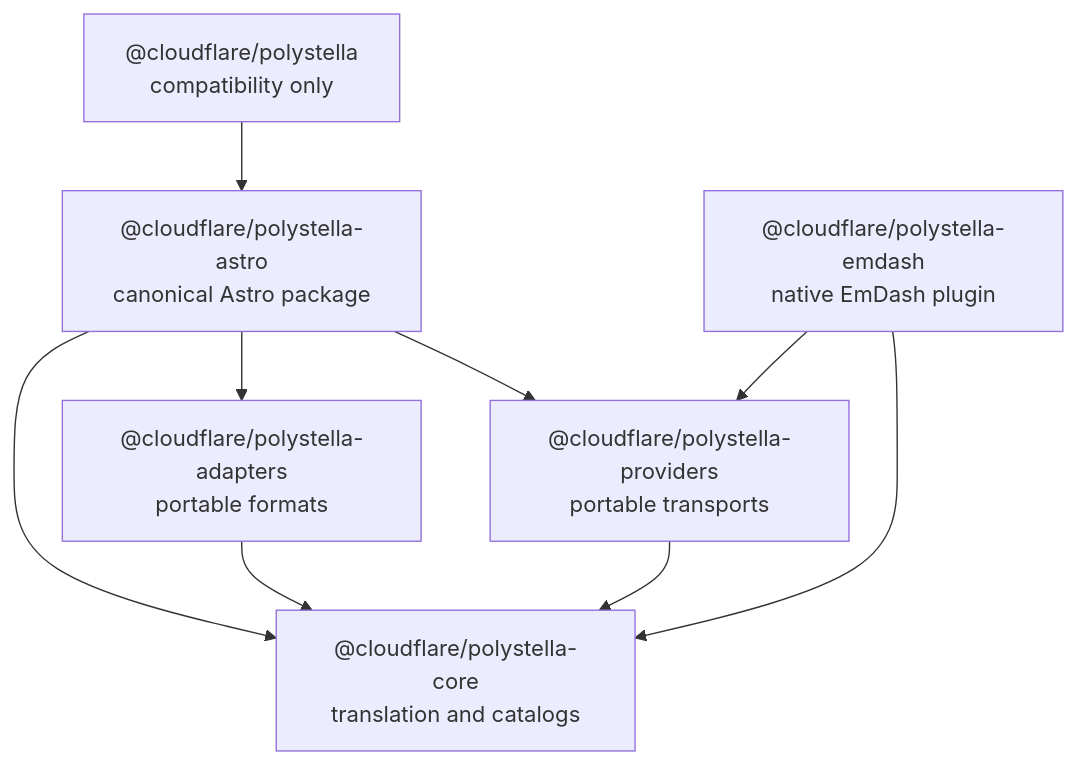
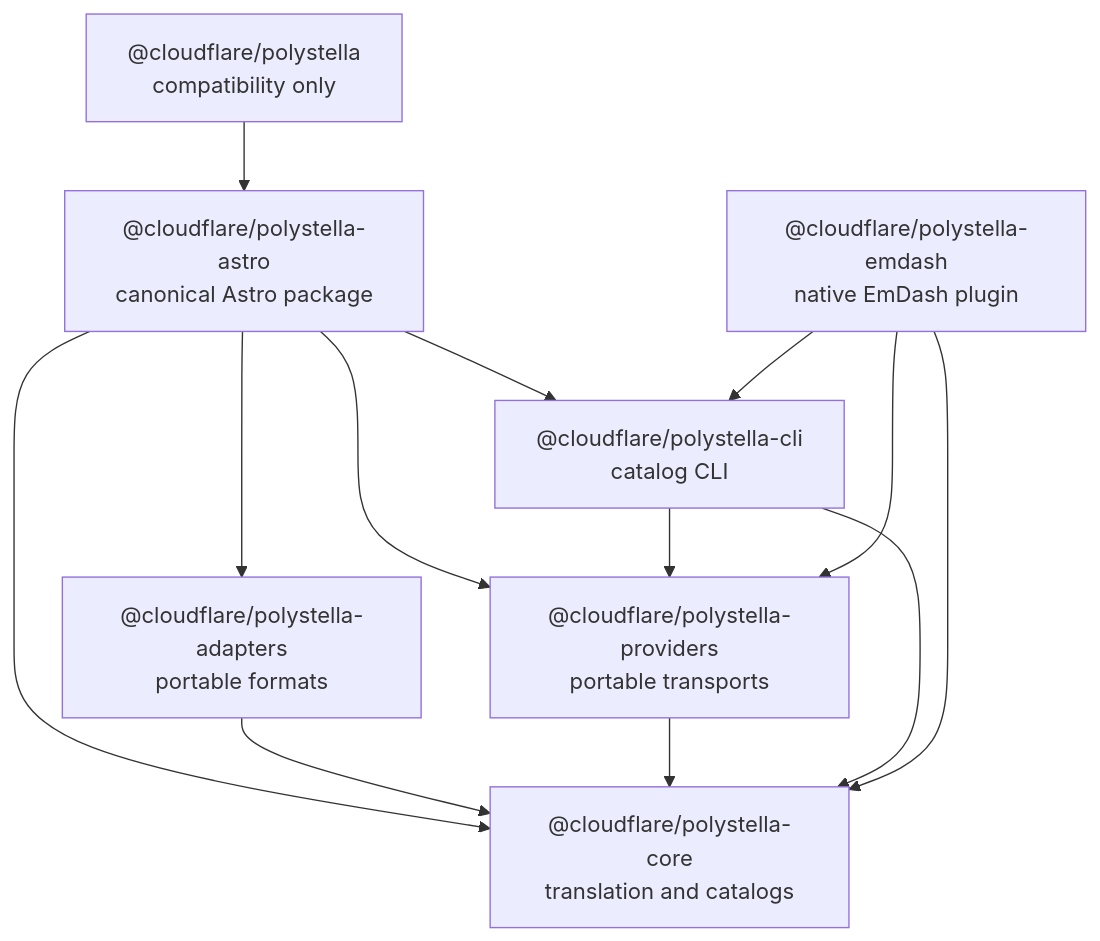
The first of 3 diagrams in PACKAGE_ARCHITECTURE.md (cloudflare/polystella), drawn with Mermaid before and after one commit. The commit also changed other lines of this file and 49 other files, not shown here.

First line of the commit message:
chore: extract catalog CLI commands into shared package, add EmDash CLI host, and update all references

````diff
--- a/PACKAGE_ARCHITECTURE.md
+++ b/PACKAGE_ARCHITECTURE.md
@@ -14,11 +14,15 @@
 ```mermaid
 flowchart TD
   compat["@cloudflare/polystella<br/>compatibility only"] --> astro["@cloudflare/polystella-astro<br/>canonical Astro package"]
   astro --> adapters["@cloudflare/polystella-adapters<br/>portable formats"]
+  astro --> cli["@cloudflare/polystella-cli<br/>catalog CLI"]
   astro --> providers["@cloudflare/polystella-providers<br/>portable transports"]
   astro --> core["@cloudflare/polystella-core<br/>translation and catalogs"]
   adapters --> core
   providers --> core
+  cli --> core
+  cli --> providers
   emdash["@cloudflare/polystella-emdash<br/>native EmDash plugin"] --> core
+  emdash --> cli
   emdash --> providers
 ```
````
